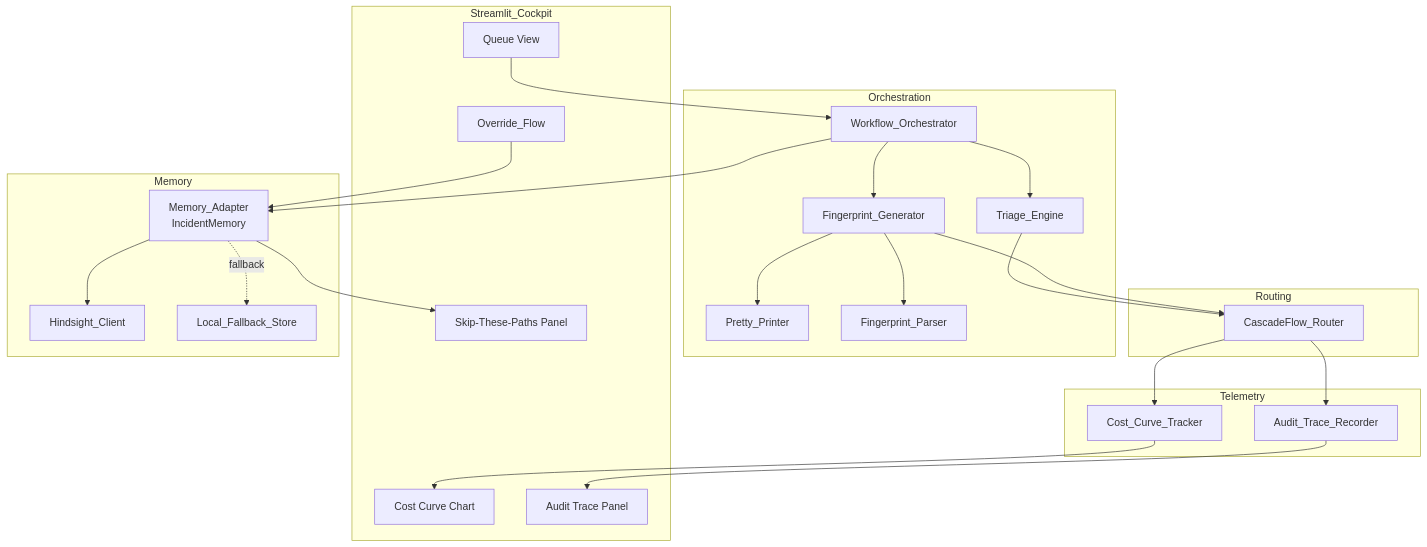
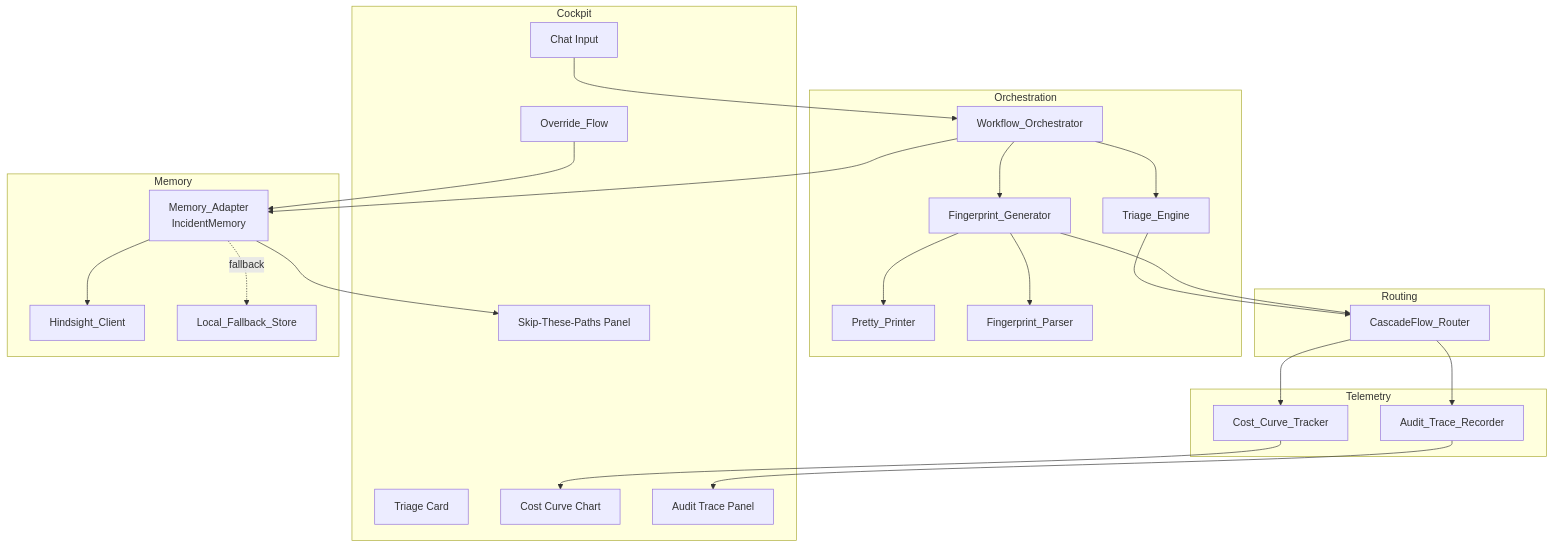
Before and after one commit to Dawn-Fighter/Open-Recall: the second of 5 diagrams in .kiro/specs/openrecall/design.md, drawn with Mermaid. The commit also changed other lines of this file and 64 other files, not shown here.

````diff
--- a/.kiro/specs/openrecall/design.md
+++ b/.kiro/specs/openrecall/design.md
@@ -42,50 +44,51 @@
 ```mermaid
 flowchart TB
-    subgraph UI [Streamlit_Cockpit]
-        QueueView[Queue View]
+    subgraph UI [Cockpit]
+        ChatInput[Chat Input]
+        TriageCard[Triage Card]
         OverrideForm[Override_Flow]
         CostChart[Cost Curve Chart]
         AuditPanel[Audit Trace Panel]
         DeadEndsPanel[Skip-These-Paths Panel]
     end
 
     subgraph Orchestration
         Workflow[Workflow_Orchestrator]
         FPGen[Fingerprint_Generator]
         FPPrint[Pretty_Printer]
         FPParse[Fingerprint_Parser]
         Triage[Triage_Engine]
     end
 
     subgraph Routing
         Router[CascadeFlow_Router]
     end
 
     subgraph Memory
         Adapter[Memory_Adapter<br/>IncidentMemory]
         HSClient[Hindsight_Client]
         LocalFB[Local_Fallback_Store]
     end
 
     subgraph Telemetry
         CostTracker[Cost_Curve_Tracker]
         Audit[Audit_Trace_Recorder]
     end
 
-    QueueView --> Workflow
+    ChatInput --> Workflow
     OverrideForm --> Adapter
     Workflow --> FPGen
     FPGen --> Router
     FPGen --> FPPrint
     FPGen --> FPParse
     Workflow --> Adapter
     Adapter --> HSClient
     Adapter -. fallback .-> LocalFB
     Workflow --> Triage
     Triage --> Router
     Router --> CostTracker
     Router --> Audit
     Audit --> AuditPanel
     CostTracker --> CostChart
     Adapter --> DeadEndsPanel
 ```
````
